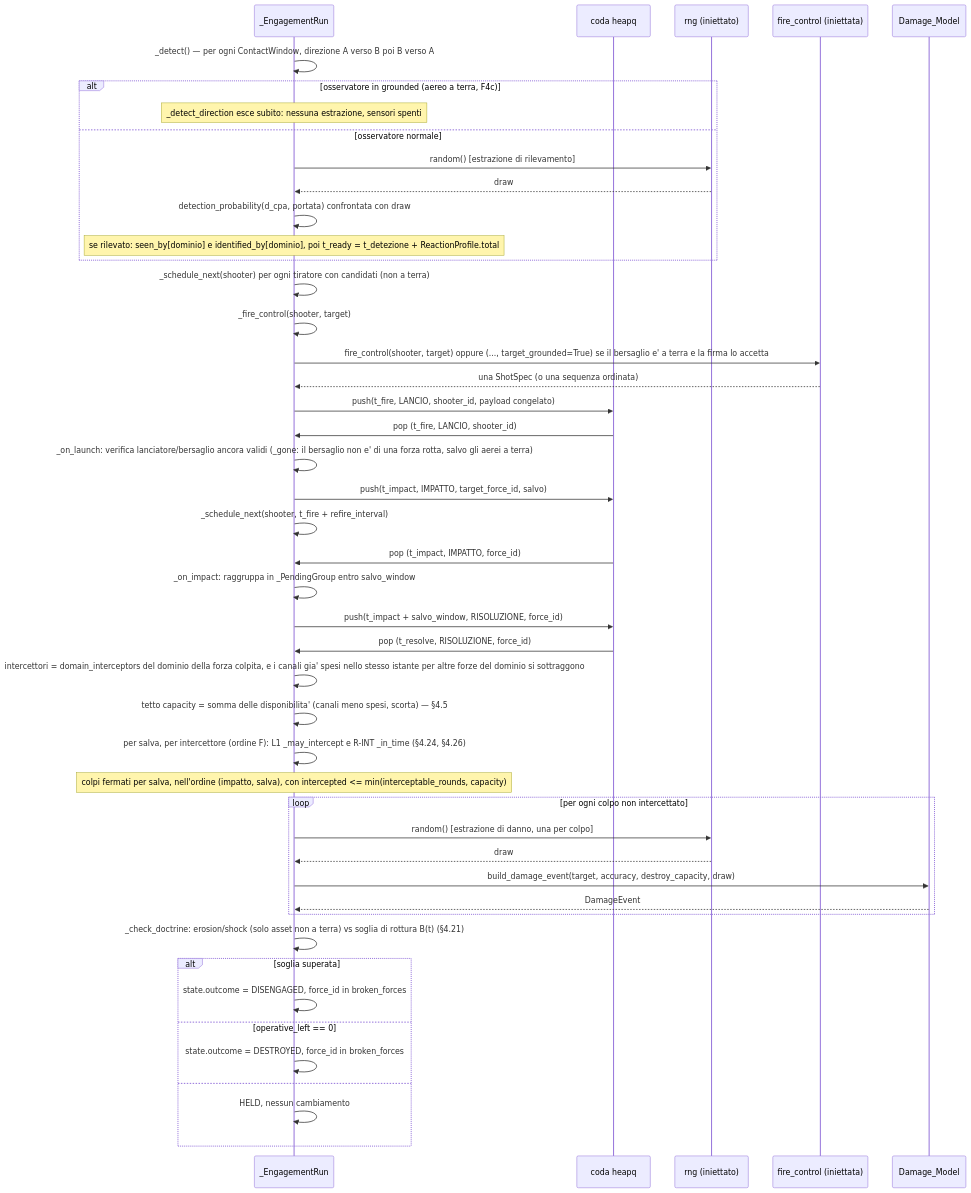
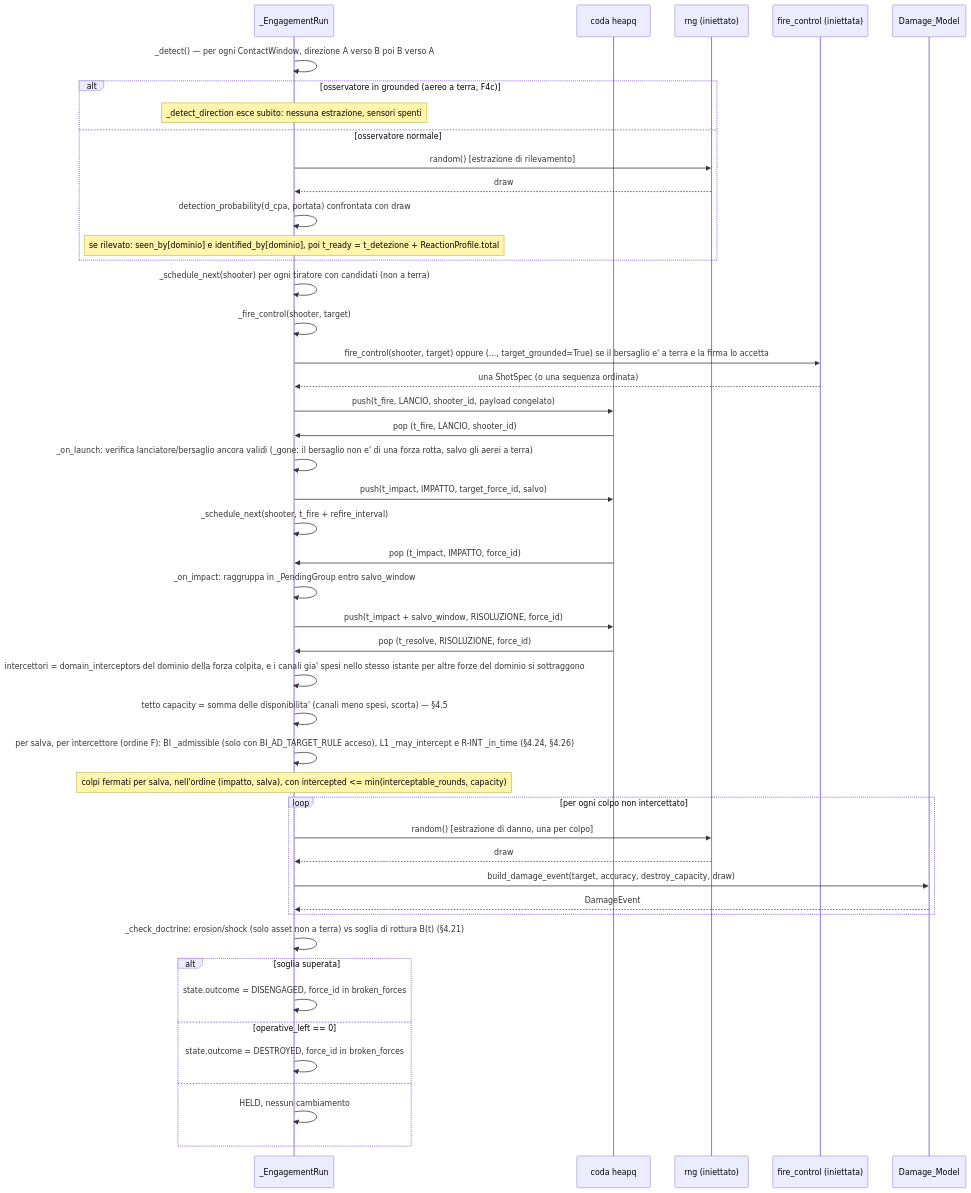
The third of 24 diagrams in Analysis/Document/Manuale_Motore_DES/05_Strato2_Risolutore_Ingaggio.md (MakusIV/Warfare-Model), drawn with Mermaid before and after one commit. The commit also changed other lines of this file and 6 other files, not shown here.

````diff
--- a/Analysis/Document/Manuale_Motore_DES/05_Strato2_Risolutore_Ingaggio.md
+++ b/Analysis/Document/Manuale_Motore_DES/05_Strato2_Risolutore_Ingaggio.md
@@ -702,55 +727,55 @@
 ```mermaid
 sequenceDiagram
     participant Run as _EngagementRun
     participant Q as coda heapq
     participant RNG as rng (iniettato)
     participant FC as fire_control (iniettata)
     participant DM as Damage_Model
 
     Run->>Run: _detect() — per ogni ContactWindow, direzione A verso B poi B verso A
     alt osservatore in grounded (aereo a terra, F4c)
         Note over Run: _detect_direction esce subito: nessuna estrazione, sensori spenti
     else osservatore normale
         Run->>RNG: random() [estrazione di rilevamento]
         RNG-->>Run: draw
         Run->>Run: detection_probability(d_cpa, portata) confrontata con draw
         Note over Run: se rilevato: seen_by[dominio] e identified_by[dominio], poi t_ready = t_detezione + ReactionProfile.total
     end
 
     Run->>Run: _schedule_next(shooter) per ogni tiratore con candidati (non a terra)
     Run->>Run: _fire_control(shooter, target)
     Run->>FC: fire_control(shooter, target) oppure (..., target_grounded=True) se il bersaglio e' a terra e la firma lo accetta
     FC-->>Run: una ShotSpec (o una sequenza ordinata)
     Run->>Q: push(t_fire, LANCIO, shooter_id, payload congelato)
 
     Q->>Run: pop (t_fire, LANCIO, shooter_id)
     Run->>Run: _on_launch: verifica lanciatore/bersaglio ancora validi (_gone: il bersaglio non e' di una forza rotta, salvo gli aerei a terra)
     Run->>Q: push(t_impact, IMPATTO, target_force_id, salvo)
     Run->>Run: _schedule_next(shooter, t_fire + refire_interval)
 
     Q->>Run: pop (t_impact, IMPATTO, force_id)
     Run->>Run: _on_impact: raggruppa in _PendingGroup entro salvo_window
     Run->>Q: push(t_impact + salvo_window, RISOLUZIONE, force_id)
 
     Q->>Run: pop (t_resolve, RISOLUZIONE, force_id)
     Run->>Run: intercettori = domain_interceptors del dominio della forza colpita, e i canali gia' spesi nello stesso istante per altre forze del dominio si sottraggono
     Run->>Run: tetto capacity = somma delle disponibilita' (canali meno spesi, scorta) — §4.5
-    Run->>Run: per salva, per intercettore (ordine F): L1 _may_intercept e R-INT _in_time (§4.24, §4.26)
+    Run->>Run: per salva, per intercettore (ordine F): BI _admissible (solo con BI_AD_TARGET_RULE acceso), L1 _may_intercept e R-INT _in_time (§4.24, §4.26)
     Note over Run: colpi fermati per salva, nell'ordine (impatto, salva), con intercepted <= min(interceptable_rounds, capacity)
 
     loop per ogni colpo non intercettato
         Run->>RNG: random() [estrazione di danno, una per colpo]
         RNG-->>Run: draw
         Run->>DM: build_damage_event(target, accuracy, destroy_capacity, draw)
         DM-->>Run: DamageEvent
     end
 
     Run->>Run: _check_doctrine: erosion/shock (solo asset non a terra) vs soglia di rottura B(t) (§4.21)
     alt soglia superata
         Run->>Run: state.outcome = DISENGAGED, force_id in broken_forces
     else operative_left == 0
         Run->>Run: state.outcome = DESTROYED, force_id in broken_forces
     else
         Run->>Run: HELD, nessun cambiamento
     end
 ```
````
